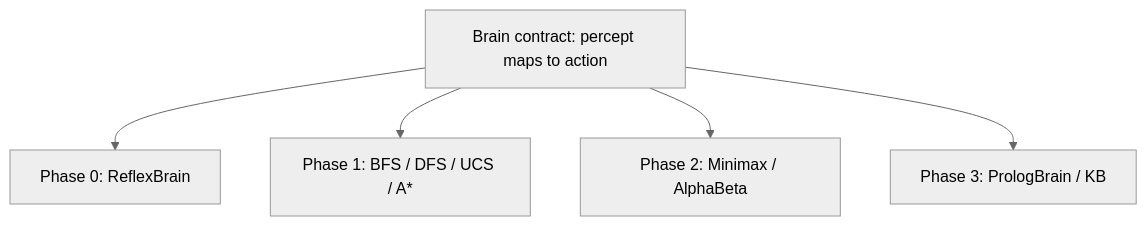
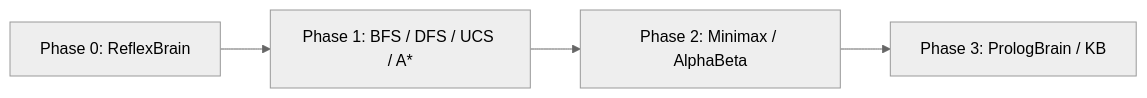
The second of 3 diagrams in REPORT.md (CommanderTvis/pumpkin-agents), drawn with Mermaid (neutral theme) before and after one commit. The commit also changed other lines of this file and 2 other files, not shown here.

````diff
--- a/REPORT.md
+++ b/REPORT.md
@@ -75,8 +75,6 @@
 ```mermaid
-flowchart TD
-    Brain[Brain contract: percept maps to action]
-    Brain --> P0[Phase 0: ReflexBrain]
-    Brain --> P1[Phase 1: BFS / DFS / UCS / A*]
-    Brain --> P2[Phase 2: Minimax / AlphaBeta]
-    Brain --> P3[Phase 3: PrologBrain / KB]
+flowchart LR
+    P0[Phase 0: ReflexBrain] --> P1[Phase 1: BFS / DFS / UCS / A*]
+    P1 --> P2[Phase 2: Minimax / AlphaBeta]
+    P2 --> P3[Phase 3: PrologBrain / KB]
 ```
````
